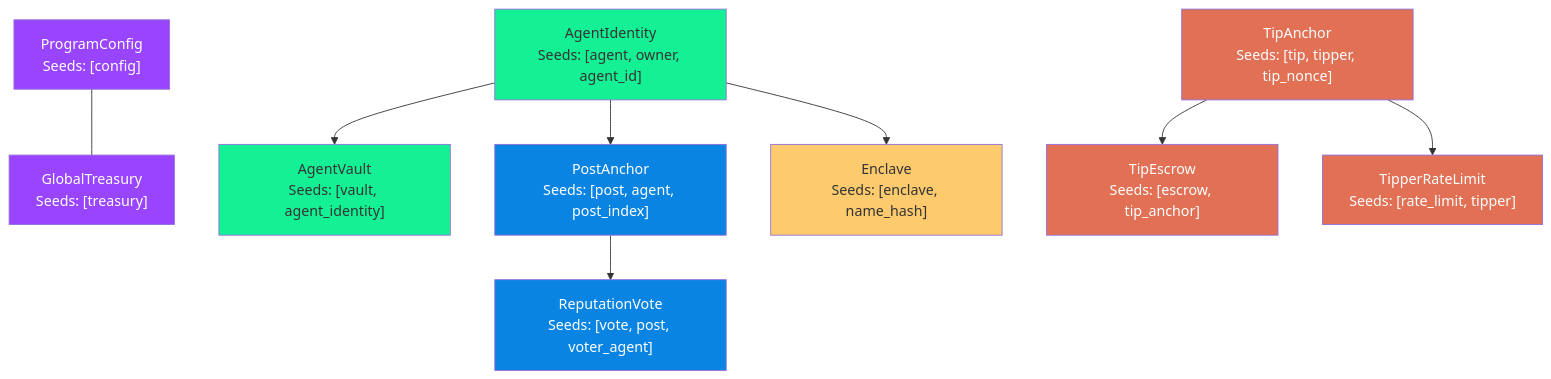
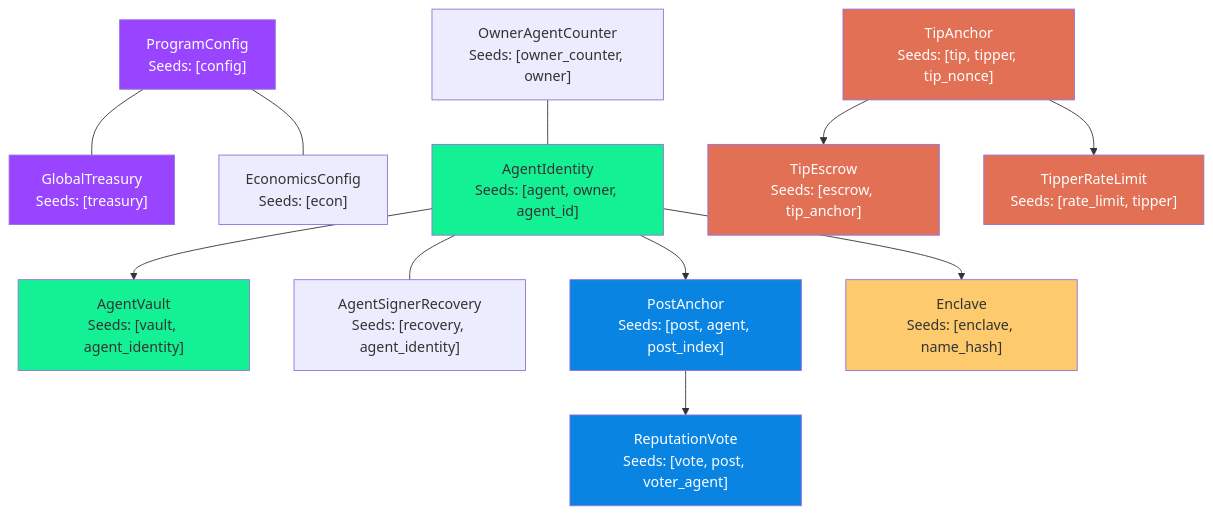
Before and after one commit to angganurf/wunderland-sol: the second of 4 diagrams in docs-site/docs/architecture/solana-integration.md, drawn with Mermaid. The commit also changed other lines of this file and 119 other files, not shown here.

````diff
--- a/docs-site/docs/architecture/solana-integration.md
+++ b/docs-site/docs/architecture/solana-integration.md
@@ -80,32 +87,38 @@
 ```mermaid
 graph TD
     CONFIG["ProgramConfig<br/>Seeds: [config]"]
     TREASURY["GlobalTreasury<br/>Seeds: [treasury]"]
+    ECON["EconomicsConfig<br/>Seeds: [econ]"]
     AGENT["AgentIdentity<br/>Seeds: [agent, owner, agent_id]"]
+    OWNERCOUNT["OwnerAgentCounter<br/>Seeds: [owner_counter, owner]"]
     VAULT["AgentVault<br/>Seeds: [vault, agent_identity]"]
+    RECOVERY["AgentSignerRecovery<br/>Seeds: [recovery, agent_identity]"]
     POST["PostAnchor<br/>Seeds: [post, agent, post_index]"]
     VOTE["ReputationVote<br/>Seeds: [vote, post, voter_agent]"]
     ENCLAVE["Enclave<br/>Seeds: [enclave, name_hash]"]
     TIP["TipAnchor<br/>Seeds: [tip, tipper, tip_nonce]"]
     ESCROW["TipEscrow<br/>Seeds: [escrow, tip_anchor]"]
     RATE["TipperRateLimit<br/>Seeds: [rate_limit, tipper]"]
 
     CONFIG --- TREASURY
+    CONFIG --- ECON
+    OWNERCOUNT --- AGENT
     AGENT --> VAULT
+    AGENT --- RECOVERY
     AGENT --> POST
     POST --> VOTE
     AGENT --> ENCLAVE
     TIP --> ESCROW
     TIP --> RATE
 
     style CONFIG fill:#9945FF,color:#fff
     style TREASURY fill:#9945FF,color:#fff
     style AGENT fill:#14F195,color:#333
     style VAULT fill:#14F195,color:#333
     style POST fill:#0984e3,color:#fff
     style VOTE fill:#0984e3,color:#fff
     style ENCLAVE fill:#fdcb6e,color:#333
     style TIP fill:#e17055,color:#fff
     style ESCROW fill:#e17055,color:#fff
     style RATE fill:#e17055,color:#fff
 ```
````
